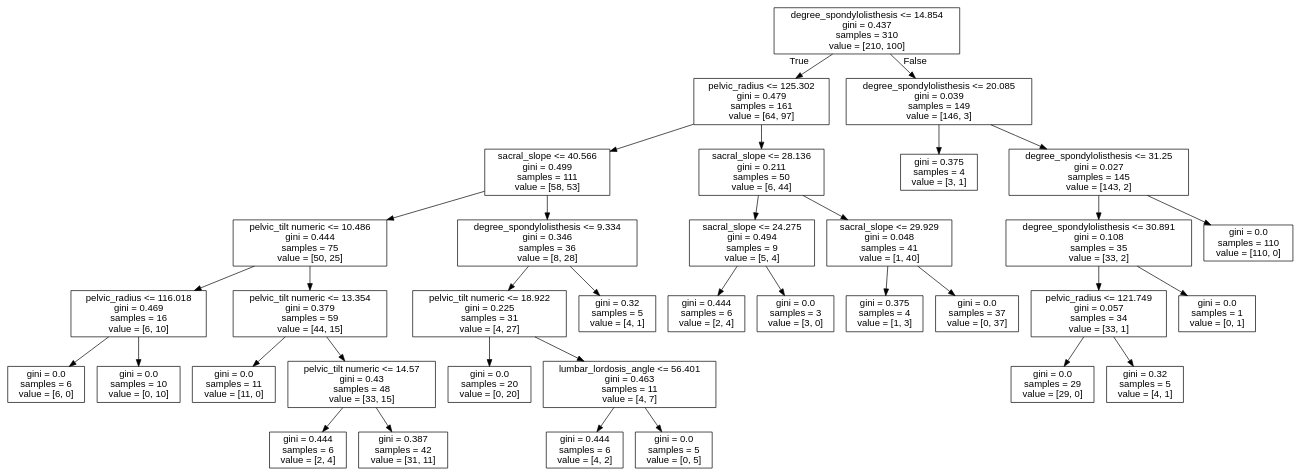
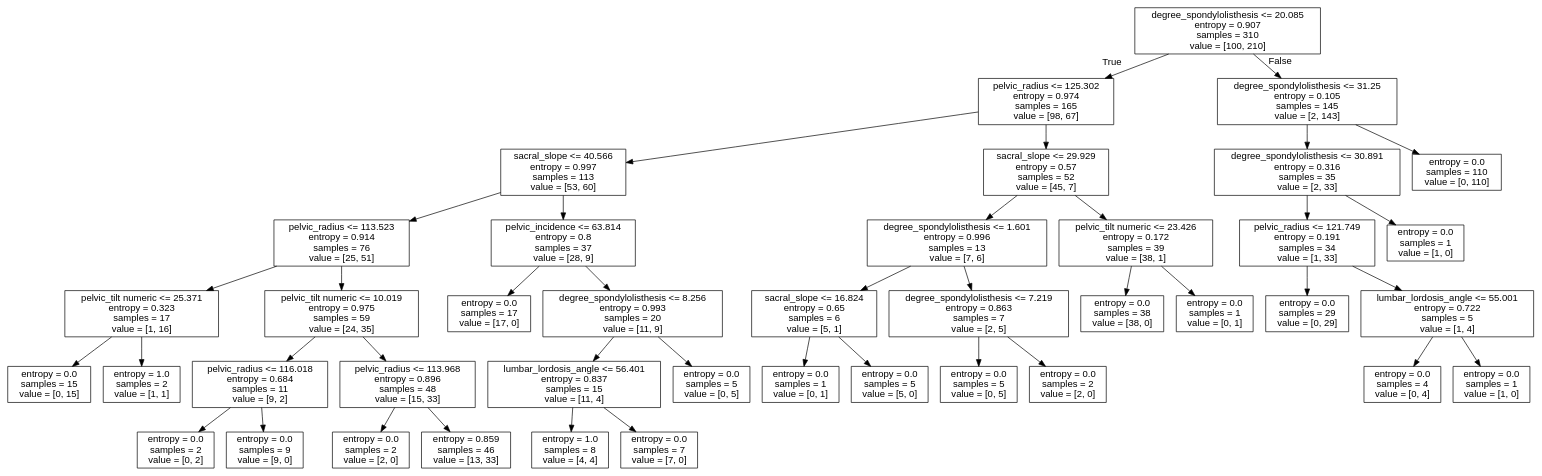
The diagram in 06_Arvore_Descisao/exemplo3.dot (MatheusAlves-collab/Data_Science), drawn with Graphviz before and after one commit. The commit also changed 3 other files, not shown here.

```diff
--- a/06_Arvore_Descisao/exemplo3.dot
+++ b/06_Arvore_Descisao/exemplo3.dot
@@ -1,73 +1,85 @@
 digraph Tree {
 node [shape=box, fontname="helvetica"] ;
 edge [fontname="helvetica"] ;
-0 [label="degree_spondylolisthesis <= 14.854\ngini = 0.437\nsamples = 310\nvalue = [210, 100]"] ;
-1 [label="pelvic_radius <= 125.302\ngini = 0.479\nsamples = 161\nvalue = [64, 97]"] ;
+0 [label="degree_spondylolisthesis <= 20.085\nentropy = 0.907\nsamples = 310\nvalue = [100, 210]"] ;
+1 [label="pelvic_radius <= 125.302\nentropy = 0.974\nsamples = 165\nvalue = [98, 67]"] ;
 0 -> 1 [labeldistance=2.5, labelangle=45, headlabel="True"] ;
-2 [label="sacral_slope <= 40.566\ngini = 0.499\nsamples = 111\nvalue = [58, 53]"] ;
+2 [label="sacral_slope <= 40.566\nentropy = 0.997\nsamples = 113\nvalue = [53, 60]"] ;
 1 -> 2 ;
-3 [label="pelvic_tilt numeric <= 10.486\ngini = 0.444\nsamples = 75\nvalue = [50, 25]"] ;
+3 [label="pelvic_radius <= 113.523\nentropy = 0.914\nsamples = 76\nvalue = [25, 51]"] ;
 2 -> 3 ;
-4 [label="pelvic_radius <= 116.018\ngini = 0.469\nsamples = 16\nvalue = [6, 10]"] ;
+4 [label="pelvic_tilt numeric <= 25.371\nentropy = 0.323\nsamples = 17\nvalue = [1, 16]"] ;
 3 -> 4 ;
-5 [label="gini = 0.0\nsamples = 6\nvalue = [6, 0]"] ;
+5 [label="entropy = 0.0\nsamples = 15\nvalue = [0, 15]"] ;
 4 -> 5 ;
-6 [label="gini = 0.0\nsamples = 10\nvalue = [0, 10]"] ;
+6 [label="entropy = 1.0\nsamples = 2\nvalue = [1, 1]"] ;
 4 -> 6 ;
-7 [label="pelvic_tilt numeric <= 13.354\ngini = 0.379\nsamples = 59\nvalue = [44, 15]"] ;
+7 [label="pelvic_tilt numeric <= 10.019\nentropy = 0.975\nsamples = 59\nvalue = [24, 35]"] ;
 3 -> 7 ;
-8 [label="gini = 0.0\nsamples = 11\nvalue = [11, 0]"] ;
+8 [label="pelvic_radius <= 116.018\nentropy = 0.684\nsamples = 11\nvalue = [9, 2]"] ;
 7 -> 8 ;
-9 [label="pelvic_tilt numeric <= 14.57\ngini = 0.43\nsamples = 48\nvalue = [33, 15]"] ;
-7 -> 9 ;
-10 [label="gini = 0.444\nsamples = 6\nvalue = [2, 4]"] ;
-9 -> 10 ;
-11 [label="gini = 0.387\nsamples = 42\nvalue = [31, 11]"] ;
-9 -> 11 ;
-12 [label="degree_spondylolisthesis <= 9.334\ngini = 0.346\nsamples = 36\nvalue = [8, 28]"] ;
-2 -> 12 ;
-13 [label="pelvic_tilt numeric <= 18.922\ngini = 0.225\nsamples = 31\nvalue = [4, 27]"] ;
-12 -> 13 ;
-14 [label="gini = 0.0\nsamples = 20\nvalue = [0, 20]"] ;
-13 -> 14 ;
-15 [label="lumbar_lordosis_angle <= 56.401\ngini = 0.463\nsamples = 11\nvalue = [4, 7]"] ;
-13 -> 15 ;
-16 [label="gini = 0.444\nsamples = 6\nvalue = [4, 2]"] ;
-15 -> 16 ;
-17 [label="gini = 0.0\nsamples = 5\nvalue = [0, 5]"] ;
-15 -> 17 ;
-18 [label="gini = 0.32\nsamples = 5\nvalue = [4, 1]"] ;
-12 -> 18 ;
-19 [label="sacral_slope <= 28.136\ngini = 0.211\nsamples = 50\nvalue = [6, 44]"] ;
-1 -> 19 ;
-20 [label="sacral_slope <= 24.275\ngini = 0.494\nsamples = 9\nvalue = [5, 4]"] ;
-19 -> 20 ;
-21 [label="gini = 0.444\nsamples = 6\nvalue = [2, 4]"] ;
-20 -> 21 ;
-22 [label="gini = 0.0\nsamples = 3\nvalue = [3, 0]"] ;
-20 -> 22 ;
-23 [label="sacral_slope <= 29.929\ngini = 0.048\nsamples = 41\nvalue = [1, 40]"] ;
-19 -> 23 ;
-24 [label="gini = 0.375\nsamples = 4\nvalue = [1, 3]"] ;
+9 [label="entropy = 0.0\nsamples = 2\nvalue = [0, 2]"] ;
+8 -> 9 ;
+10 [label="entropy = 0.0\nsamples = 9\nvalue = [9, 0]"] ;
+8 -> 10 ;
+11 [label="pelvic_radius <= 113.968\nentropy = 0.896\nsamples = 48\nvalue = [15, 33]"] ;
+7 -> 11 ;
+12 [label="entropy = 0.0\nsamples = 2\nvalue = [2, 0]"] ;
+11 -> 12 ;
+13 [label="entropy = 0.859\nsamples = 46\nvalue = [13, 33]"] ;
+11 -> 13 ;
+14 [label="pelvic_incidence <= 63.814\nentropy = 0.8\nsamples = 37\nvalue = [28, 9]"] ;
+2 -> 14 ;
+15 [label="entropy = 0.0\nsamples = 17\nvalue = [17, 0]"] ;
+14 -> 15 ;
+16 [label="degree_spondylolisthesis <= 8.256\nentropy = 0.993\nsamples = 20\nvalue = [11, 9]"] ;
+14 -> 16 ;
+17 [label="lumbar_lordosis_angle <= 56.401\nentropy = 0.837\nsamples = 15\nvalue = [11, 4]"] ;
+16 -> 17 ;
+18 [label="entropy = 1.0\nsamples = 8\nvalue = [4, 4]"] ;
+17 -> 18 ;
+19 [label="entropy = 0.0\nsamples = 7\nvalue = [7, 0]"] ;
+17 -> 19 ;
+20 [label="entropy = 0.0\nsamples = 5\nvalue = [0, 5]"] ;
+16 -> 20 ;
+21 [label="sacral_slope <= 29.929\nentropy = 0.57\nsamples = 52\nvalue = [45, 7]"] ;
+1 -> 21 ;
+22 [label="degree_spondylolisthesis <= 1.601\nentropy = 0.996\nsamples = 13\nvalue = [7, 6]"] ;
+21 -> 22 ;
+23 [label="sacral_slope <= 16.824\nentropy = 0.65\nsamples = 6\nvalue = [5, 1]"] ;
+22 -> 23 ;
+24 [label="entropy = 0.0\nsamples = 1\nvalue = [0, 1]"] ;
 23 -> 24 ;
-25 [label="gini = 0.0\nsamples = 37\nvalue = [0, 37]"] ;
+25 [label="entropy = 0.0\nsamples = 5\nvalue = [5, 0]"] ;
 23 -> 25 ;
-26 [label="degree_spondylolisthesis <= 20.085\ngini = 0.039\nsamples = 149\nvalue = [146, 3]"] ;
-0 -> 26 [labeldistance=2.5, labelangle=-45, headlabel="False"] ;
-27 [label="gini = 0.375\nsamples = 4\nvalue = [3, 1]"] ;
+26 [label="degree_spondylolisthesis <= 7.219\nentropy = 0.863\nsamples = 7\nvalue = [2, 5]"] ;
+22 -> 26 ;
+27 [label="entropy = 0.0\nsamples = 5\nvalue = [0, 5]"] ;
 26 -> 27 ;
-28 [label="degree_spondylolisthesis <= 31.25\ngini = 0.027\nsamples = 145\nvalue = [143, 2]"] ;
+28 [label="entropy = 0.0\nsamples = 2\nvalue = [2, 0]"] ;
 26 -> 28 ;
-29 [label="degree_spondylolisthesis <= 30.891\ngini = 0.108\nsamples = 35\nvalue = [33, 2]"] ;
-28 -> 29 ;
-30 [label="pelvic_radius <= 121.749\ngini = 0.057\nsamples = 34\nvalue = [33, 1]"] ;
+29 [label="pelvic_tilt numeric <= 23.426\nentropy = 0.172\nsamples = 39\nvalue = [38, 1]"] ;
+21 -> 29 ;
+30 [label="entropy = 0.0\nsamples = 38\nvalue = [38, 0]"] ;
 29 -> 30 ;
-31 [label="gini = 0.0\nsamples = 29\nvalue = [29, 0]"] ;
-30 -> 31 ;
-32 [label="gini = 0.32\nsamples = 5\nvalue = [4, 1]"] ;
-30 -> 32 ;
-33 [label="gini = 0.0\nsamples = 1\nvalue = [0, 1]"] ;
-29 -> 33 ;
-34 [label="gini = 0.0\nsamples = 110\nvalue = [110, 0]"] ;
-28 -> 34 ;
+31 [label="entropy = 0.0\nsamples = 1\nvalue = [0, 1]"] ;
+29 -> 31 ;
+32 [label="degree_spondylolisthesis <= 31.25\nentropy = 0.105\nsamples = 145\nvalue = [2, 143]"] ;
+0 -> 32 [labeldistance=2.5, labelangle=-45, headlabel="False"] ;
+33 [label="degree_spondylolisthesis <= 30.891\nentropy = 0.316\nsamples = 35\nvalue = [2, 33]"] ;
+32 -> 33 ;
+34 [label="pelvic_radius <= 121.749\nentropy = 0.191\nsamples = 34\nvalue = [1, 33]"] ;
+33 -> 34 ;
+35 [label="entropy = 0.0\nsamples = 29\nvalue = [0, 29]"] ;
+34 -> 35 ;
+36 [label="lumbar_lordosis_angle <= 55.001\nentropy = 0.722\nsamples = 5\nvalue = [1, 4]"] ;
+34 -> 36 ;
+37 [label="entropy = 0.0\nsamples = 4\nvalue = [0, 4]"] ;
+36 -> 37 ;
+38 [label="entropy = 0.0\nsamples = 1\nvalue = [1, 0]"] ;
+36 -> 38 ;
+39 [label="entropy = 0.0\nsamples = 1\nvalue = [1, 0]"] ;
+33 -> 39 ;
+40 [label="entropy = 0.0\nsamples = 110\nvalue = [0, 110]"] ;
+32 -> 40 ;
 }
```
